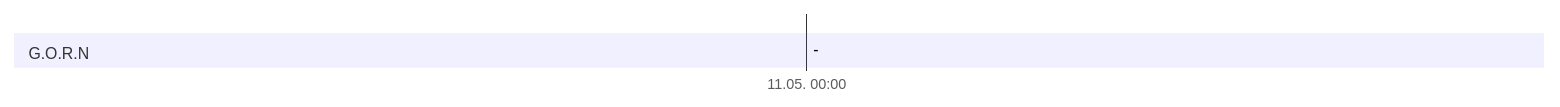
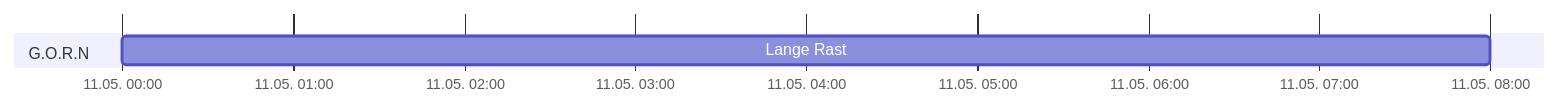
One commit to LorenJaffrey/DnD_PFT changed diagram 18 of 20 in Kampagne/Timeline Kampagne 2.md. Above: the diagram before and after it, drawn with Mermaid. The commit also changed other lines of this file and 2 other files, not shown here.

Commit message:
Timeline aktualisiert

````diff
--- a/Kampagne/Timeline Kampagne 2.md
+++ b/Kampagne/Timeline Kampagne 2.md
@@ -319,9 +318,9 @@
 ```mermaid
 gantt
 	dateFormat HH:mm
 	axisFormat %e.%m. %H:%M
 	tickinterval 1hour
 	weekday monday
 	section G.O.R.N
-		-: a1, 2024-05-11 00:00, 
+		Lange Rast: a1, 2024-05-11 00:00, 8h
 ```
````
